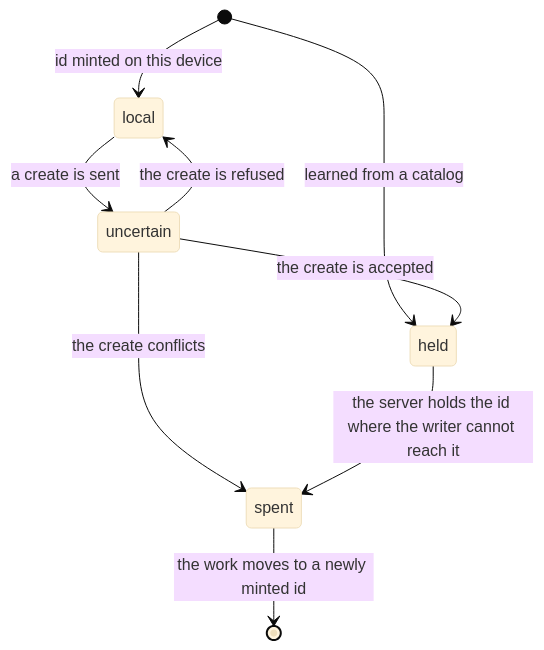
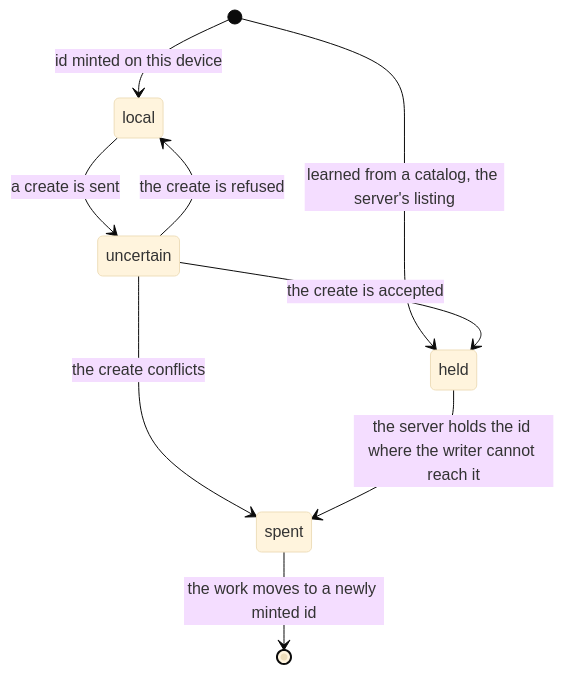
The first of 3 diagrams in packages/resource-replica/.context/state-machines.md (haowjy/meridian-flow), drawn with Mermaid (base theme) before and after one commit. The commit also changed other lines of this file and 27 other files, not shown here.

````diff
--- a/packages/resource-replica/.context/state-machines.md
+++ b/packages/resource-replica/.context/state-machines.md
@@ -11,11 +13,11 @@
 ```mermaid
 stateDiagram-v2
   [*] --> local: id minted on this device
-  [*] --> held: learned from a catalog
+  [*] --> held: learned from a catalog, the server's listing
   local --> uncertain: a create is sent
   uncertain --> held: the create is accepted
   uncertain --> local: the create is refused
   uncertain --> spent: the create conflicts
   held --> spent: the server holds the id where the writer cannot reach it
   spent --> [*]: the work moves to a newly minted id
 ```
````
